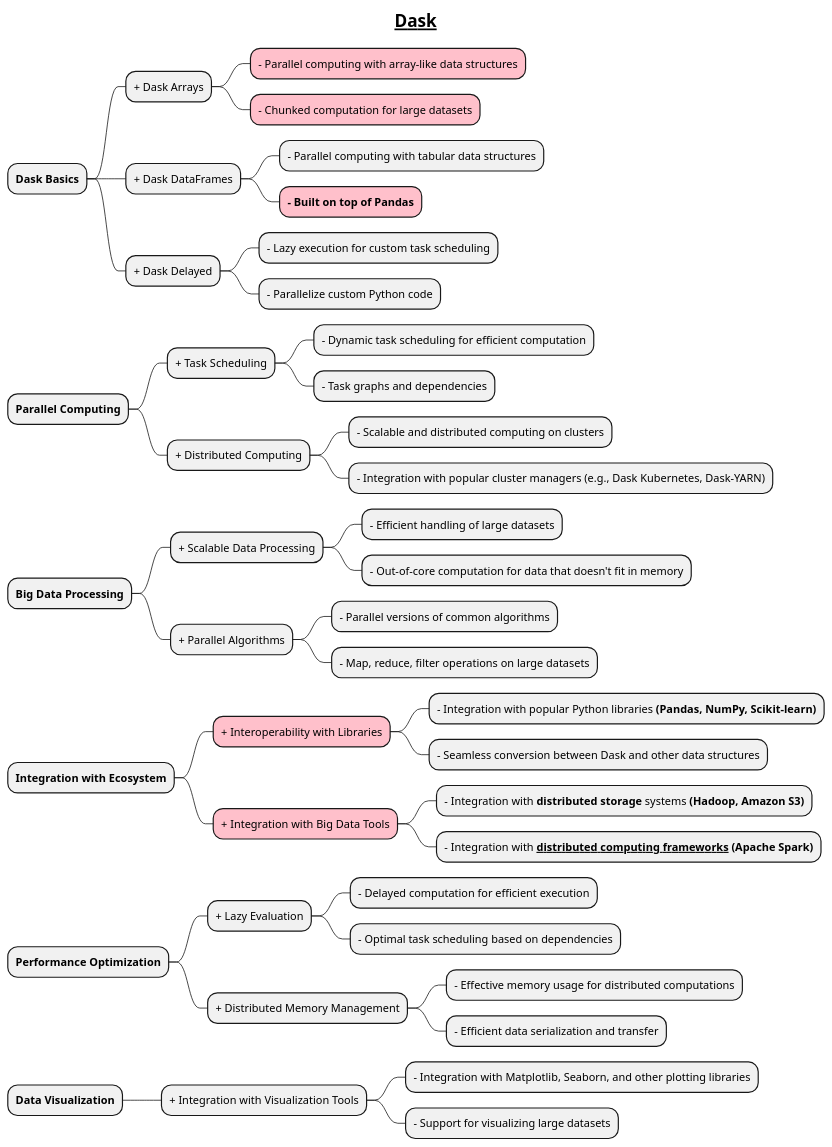
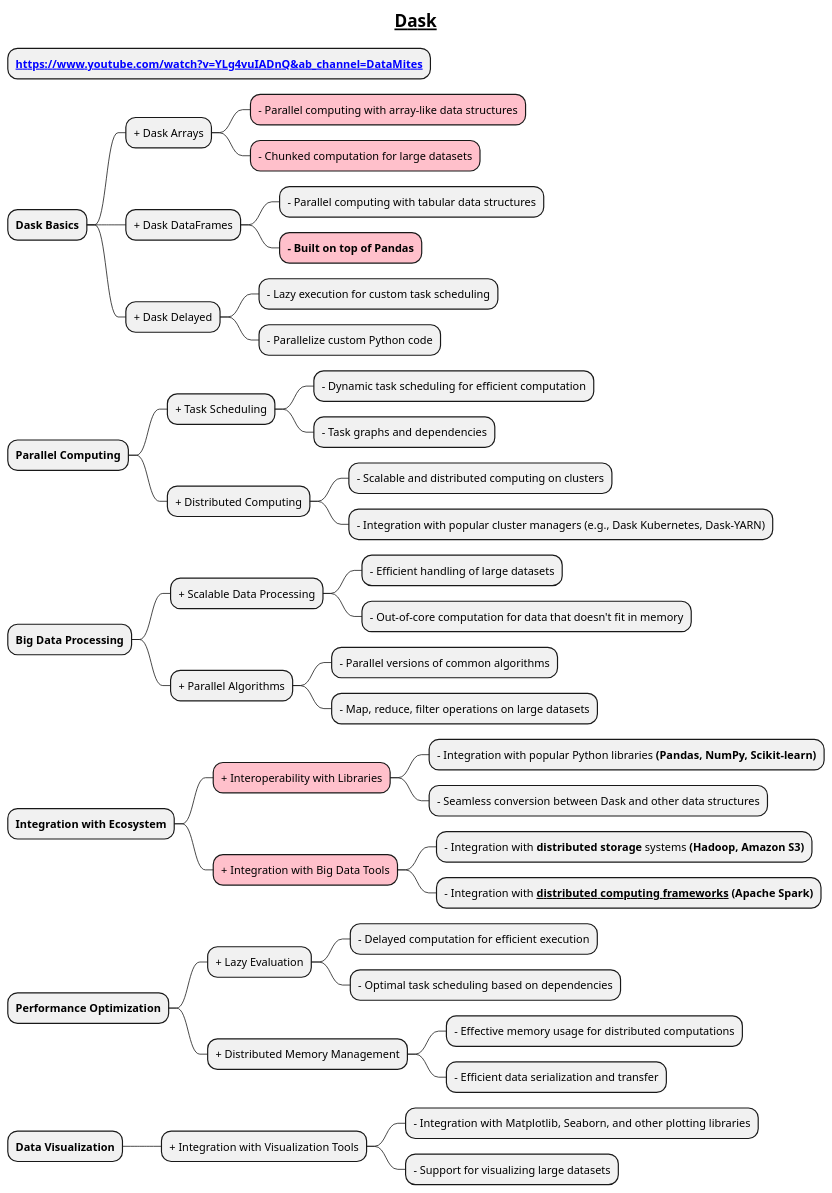
The diagram in docs/AI-ML- DL-Data-Science-and-BigData/data-science-with-python/1-data-manipulation-libraries/3-Dask.puml (MehmoodHashmi/Documentation-as-Code-DaC), drawn with PlantUML before and after one commit.

Commit message:
added new mindmaps

```diff
--- a/docs/AI-ML- DL-Data-Science-and-BigData/data-science-with-python/1-data-manipulation-libraries/3-Dask.puml
+++ b/docs/AI-ML- DL-Data-Science-and-BigData/data-science-with-python/1-data-manipulation-libraries/3-Dask.puml
@@ -1,53 +1,54 @@
 @startmindmap
 
 title =__ Dask __
+* **[[https://www.youtube.com/watch?v=YLg4vuIADnQ&ab_channel=DataMites]]**
 
 * **Dask Basics**
 ** + Dask Arrays
 ***[#pink] - Parallel computing with array-like data structures
 ***[#pink] - Chunked computation for large datasets
 ** + Dask DataFrames
 *** - Parallel computing with tabular data structures
 ***[#pink] **- Built on top of Pandas**
 ** + Dask Delayed
 *** - Lazy execution for custom task scheduling
 *** - Parallelize custom Python code
 
 * **Parallel Computing**
 ** + Task Scheduling
 *** - Dynamic task scheduling for efficient computation
 *** - Task graphs and dependencies
 ** + Distributed Computing
 *** - Scalable and distributed computing on clusters
 *** - Integration with popular cluster managers (e.g., Dask Kubernetes, Dask-YARN)
 
 * **Big Data Processing**
 ** + Scalable Data Processing
 *** - Efficient handling of large datasets
 *** - Out-of-core computation for data that doesn't fit in memory
 ** + Parallel Algorithms
 *** - Parallel versions of common algorithms
 *** - Map, reduce, filter operations on large datasets
 
 * **Integration with Ecosystem**
 **[#pink] + Interoperability with Libraries
 *** - Integration with popular Python libraries **(Pandas, NumPy, Scikit-learn)**
 *** - Seamless conversion between Dask and other data structures
 **[#pink] + Integration with Big Data Tools
 *** - Integration with **distributed storage** systems **(Hadoop, Amazon S3)**
 *** - Integration with **__distributed computing frameworks__ (Apache Spark)**
 
 * **Performance Optimization**
 ** + Lazy Evaluation
 *** - Delayed computation for efficient execution
 *** - Optimal task scheduling based on dependencies
 ** + Distributed Memory Management
 *** - Effective memory usage for distributed computations
 *** - Efficient data serialization and transfer
 
 * **Data Visualization**
 ** + Integration with Visualization Tools
 *** - Integration with Matplotlib, Seaborn, and other plotting libraries
 *** - Support for visualizing large datasets
 
 @endmindmap
```
